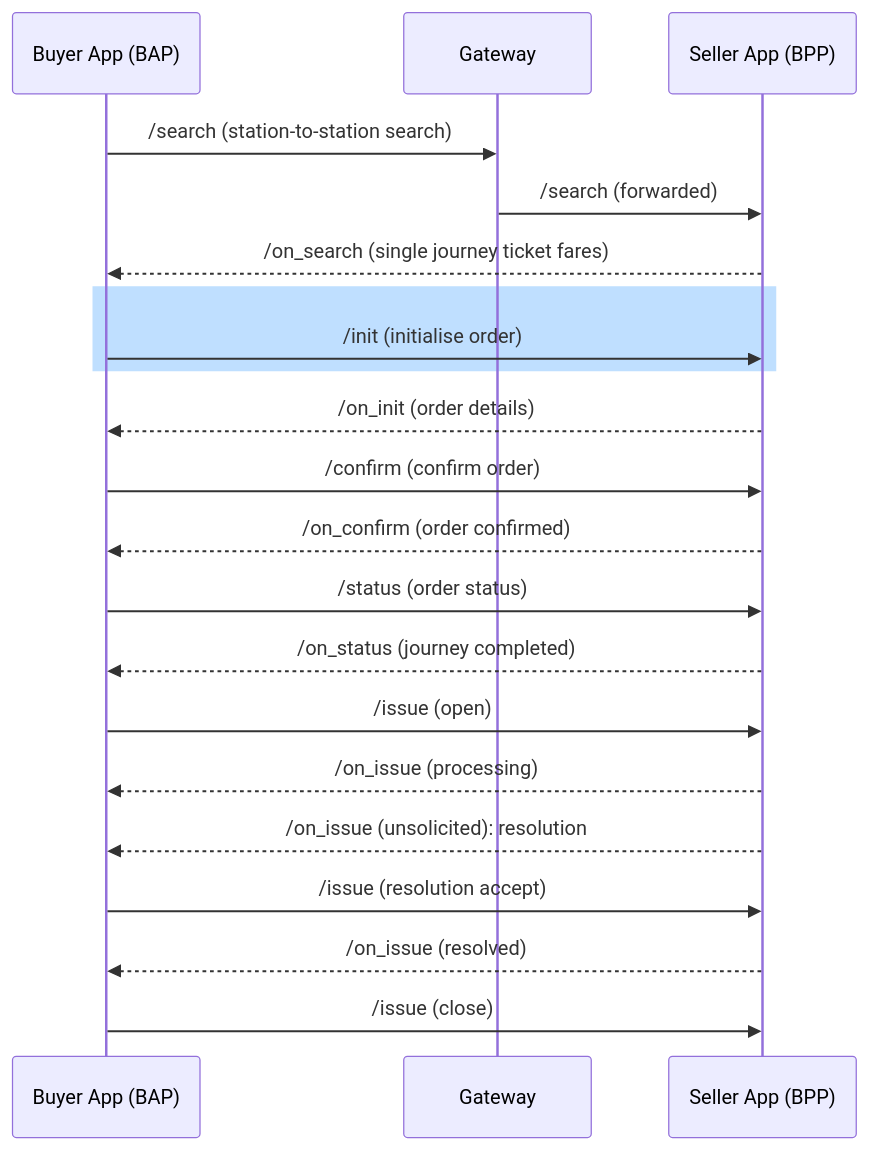
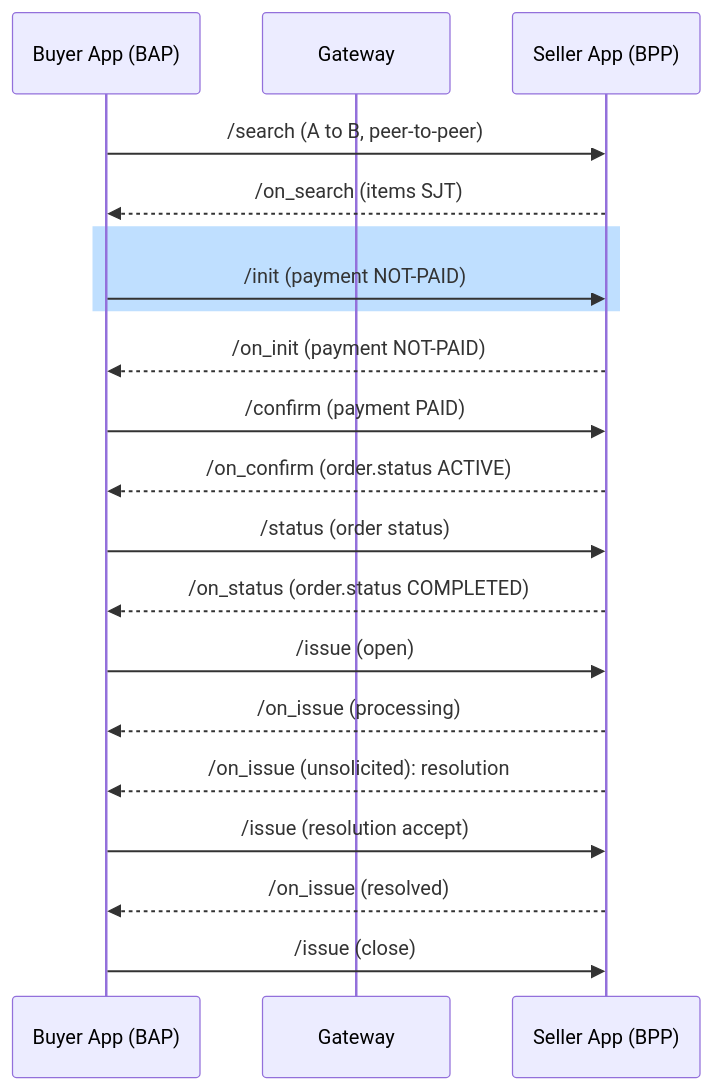
One commit to ONDC-Official/automation-specifications changed the third of 14 diagrams in config/docs/order-to-confirm-to-journey-completion-sjt-without-search-nd-select-with-igm-no-action-v-2-0-0-sequence-diagrams.md. Above: the diagram before and after it, drawn with Mermaid. The commit also changed other lines of this file and 24 other files, not shown here.

````diff
--- a/config/docs/order-to-confirm-to-journey-completion-sjt-without-search-nd-select-with-igm-no-action-v-2-0-0-sequence-diagrams.md
+++ b/config/docs/order-to-confirm-to-journey-completion-sjt-without-search-nd-select-with-igm-no-action-v-2-0-0-sequence-diagrams.md
@@ -64,23 +62,22 @@
 ```mermaid
 sequenceDiagram
   participant Buyer App (BAP)
   participant Gateway
   participant Seller App (BPP)
-  Buyer App (BAP)->>Gateway: /search (station-to-station search)
-  Gateway->>Seller App (BPP): /search (forwarded)
-  Seller App (BPP)-->>Buyer App (BAP): /on_search (single journey ticket fares)
+  Buyer App (BAP)->>Seller App (BPP): /search (A to B, peer-to-peer)
+  Seller App (BPP)-->>Buyer App (BAP): /on_search (items SJT)
   rect rgb(191, 223, 255)
-  Buyer App (BAP)->>Seller App (BPP): /init (initialise order)
+  Buyer App (BAP)->>Seller App (BPP): /init (payment NOT-PAID)
   end
-  Seller App (BPP)-->>Buyer App (BAP): /on_init (order details)
-  Buyer App (BAP)->>Seller App (BPP): /confirm (confirm order)
-  Seller App (BPP)-->>Buyer App (BAP): /on_confirm (order confirmed)
+  Seller App (BPP)-->>Buyer App (BAP): /on_init (payment NOT-PAID)
+  Buyer App (BAP)->>Seller App (BPP): /confirm (payment PAID)
+  Seller App (BPP)-->>Buyer App (BAP): /on_confirm (order.status ACTIVE)
   Buyer App (BAP)->>Seller App (BPP): /status (order status)
-  Seller App (BPP)-->>Buyer App (BAP): /on_status (journey completed)
+  Seller App (BPP)-->>Buyer App (BAP): /on_status (order.status COMPLETED)
   Buyer App (BAP)->>Seller App (BPP): /issue (open)
   Seller App (BPP)-->>Buyer App (BAP): /on_issue (processing)
   Seller App (BPP)-->>Buyer App (BAP): /on_issue (unsolicited): resolution
   Buyer App (BAP)->>Seller App (BPP): /issue (resolution accept)
   Seller App (BPP)-->>Buyer App (BAP): /on_issue (resolved)
   Buyer App (BAP)->>Seller App (BPP): /issue (close)
 ```
````
